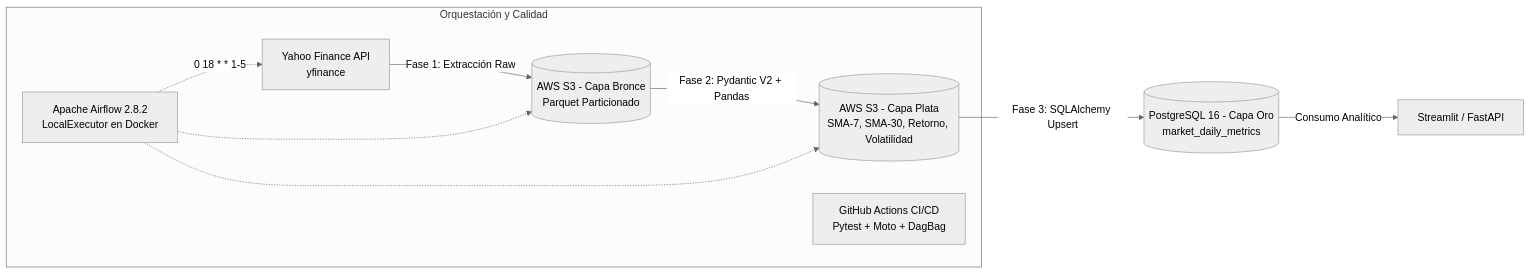
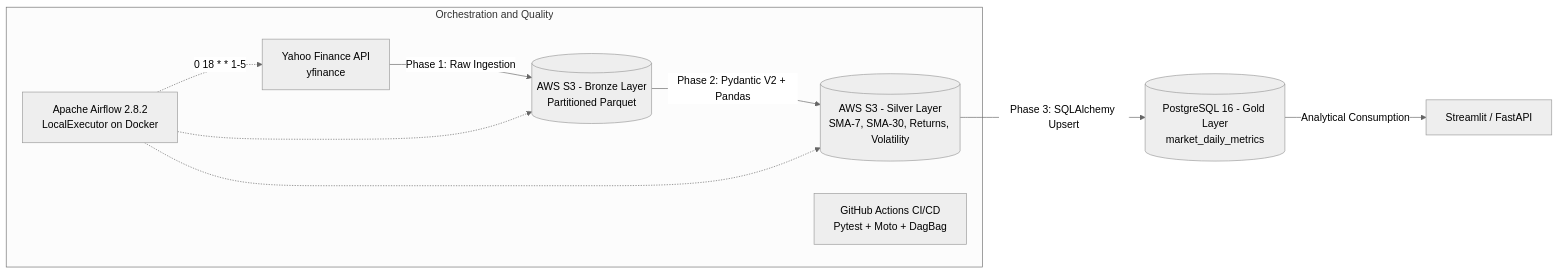
One commit to salgadosalgadoje/tech-market-data-pipeline changed the first of 2 diagrams in README.md. Above: the diagram before and after it, drawn with Mermaid (neutral theme). The commit also changed other lines of this file, not shown here.

````diff
--- a/README.md
+++ b/README.md
@@ -15,14 +15,14 @@
 ```mermaid
 flowchart LR
-    A["Yahoo Finance API<br/>yfinance"] -->|"Fase 1: Extracción Raw"| B[("AWS S3 - Capa Bronce<br/>Parquet Particionado")]
-    B -->|"Fase 2: Pydantic V2 + Pandas"| C[("AWS S3 - Capa Plata<br/>SMA-7, SMA-30, Retorno, Volatilidad")]
-    C -->|"Fase 3: SQLAlchemy Upsert"| D[("PostgreSQL 16 - Capa Oro<br/>market_daily_metrics")]
-    D -->|"Consumo Analítico"| E["Streamlit / FastAPI"]
+    A["Yahoo Finance API<br/>yfinance"] -->|"Phase 1: Raw Ingestion"| B[("AWS S3 - Bronze Layer<br/>Partitioned Parquet")]
+    B -->|"Phase 2: Pydantic V2 + Pandas"| C[("AWS S3 - Silver Layer<br/>SMA-7, SMA-30, Returns, Volatility")]
+    C -->|"Phase 3: SQLAlchemy Upsert"| D[("PostgreSQL 16 - Gold Layer<br/>market_daily_metrics")]
+    D -->|"Analytical Consumption"| E["Streamlit / FastAPI"]
 
-    subgraph Orquestación y Calidad
-        F["Apache Airflow 2.8.2<br/>LocalExecutor en Docker"] -.->|"0 18 * * 1-5"| A
+    subgraph Orchestration and Quality
+        F["Apache Airflow 2.8.2<br/>LocalExecutor on Docker"] -.->|"0 18 * * 1-5"| A
         F -.-> B
         F -.-> C
         G["GitHub Actions CI/CD<br/>Pytest + Moto + DagBag"]
     end
 ```
````
